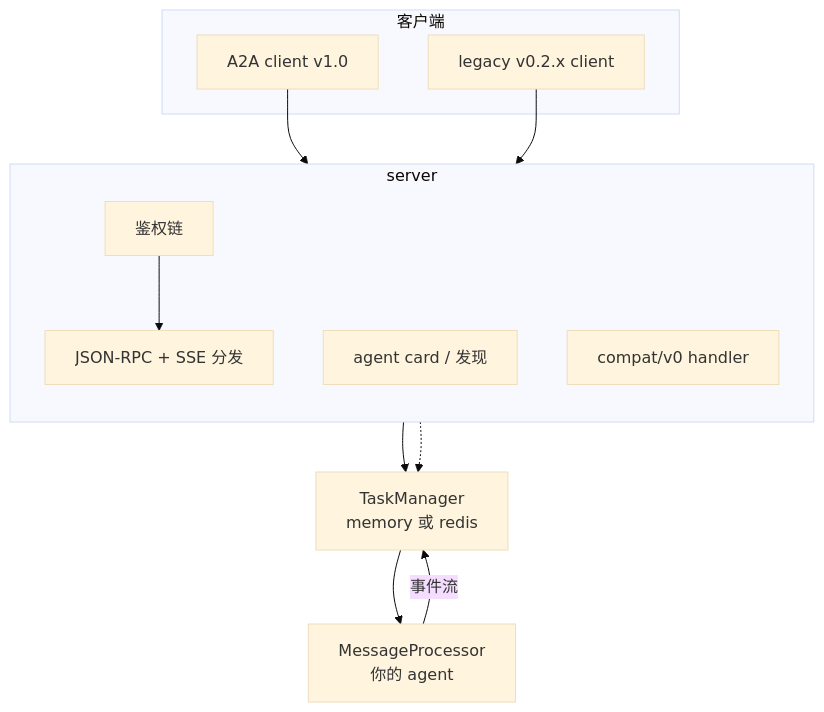
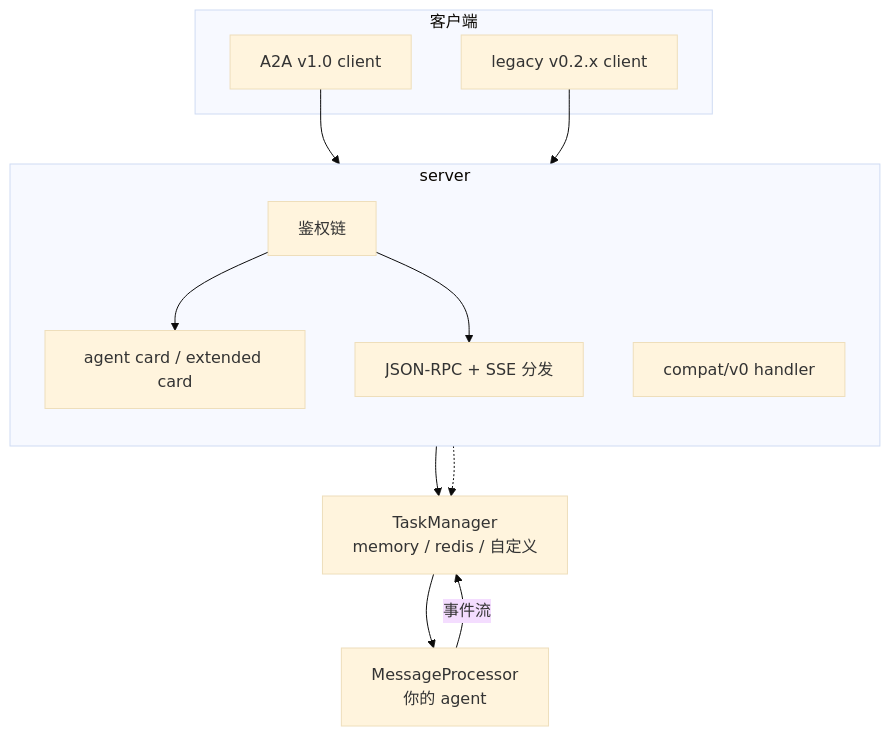
The first of 2 diagrams in docs/mkdocs/zh/overview.md (trpc-group/trpc-a2a-go), drawn with Mermaid (base theme) before and after one commit. The commit also changed other lines of this file and 7 other files, not shown here.

````diff
--- a/docs/mkdocs/zh/overview.md
+++ b/docs/mkdocs/zh/overview.md
@@ -26,24 +37,25 @@
 ```mermaid
 flowchart TB
     subgraph clients["客户端"]
-        C1["A2A client v1.0"]
+        C1["A2A v1.0 client"]
         C2["legacy v0.2.x client"]
     end
     subgraph server["server"]
         direction TB
         AUTH["鉴权链"]
+        CARD["agent card / extended card"]
         RPC["JSON-RPC + SSE 分发"]
-        CARD["agent card / 发现"]
         COMPAT["compat/v0 handler"]
     end
-    TM["TaskManager<br/>memory 或 redis"]
+    TM["TaskManager<br/>memory / redis / 自定义"]
     MP["MessageProcessor<br/>你的 agent"]
 
     C1 --> AUTH
     C2 --> AUTH
+    AUTH --> CARD
     AUTH --> RPC
     RPC --> TM
     COMPAT -.-> TM
     TM --> MP
     MP -- "事件流" --> TM
 ```
````
